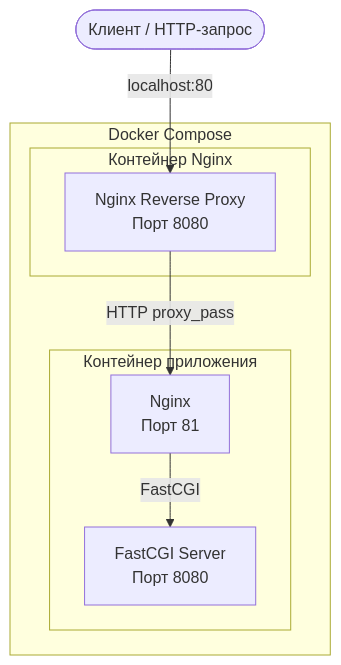
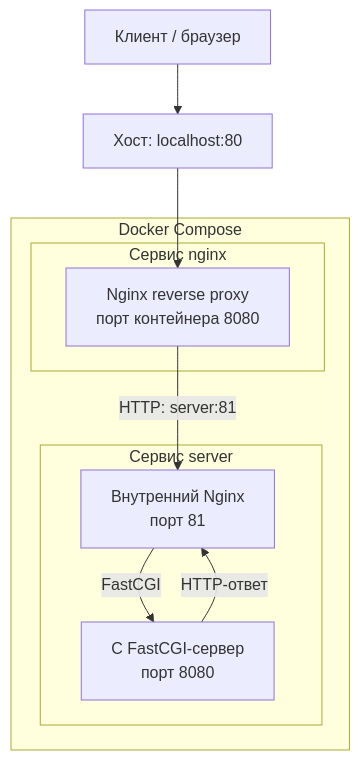
Before and after one commit to Shanteve/DO5_Docker: the diagram in README.md, drawn with Mermaid. The commit also changed other lines of this file and 1 other file, not shown here.

````diff
--- a/README.md
+++ b/README.md
@@ -47,20 +45,22 @@
 ```mermaid
 flowchart TB
-    Client([Клиент / HTTP-запрос])
+    Client["Клиент / браузер"]
+    Host["Хост: localhost:80"]
 
-    subgraph Docker["Docker Compose"]
-        subgraph Proxy["Контейнер Nginx"]
-            NginxProxy["Nginx Reverse Proxy<br/>Порт 8080"]
+    subgraph Compose["Docker Compose"]
+        subgraph Proxy["Сервис nginx"]
+            Front["Nginx reverse proxy<br/>порт контейнера 8080"]
         end
 
-        subgraph Application["Контейнер приложения"]
-            NginxApp["Nginx<br/>Порт 81"]
-            FastCGI["FastCGI Server<br/>Порт 8080"]
+        subgraph App["Сервис server"]
+            Web["Внутренний Nginx<br/>порт 81"]
+            FastCGI["C FastCGI-сервер<br/>порт 8080"]
+            Web -->|"FastCGI"| FastCGI
         end
 
-        NginxProxy -->|"HTTP proxy_pass"| NginxApp
-        NginxApp -->|"FastCGI"| FastCGI
+        Front -->|"HTTP: server:81"| Web
     end
 
-    Client -->|"localhost:80"| NginxProxy
+    Client --> Host --> Front
+    FastCGI -->|"HTTP-ответ"| Web
 ```
````
